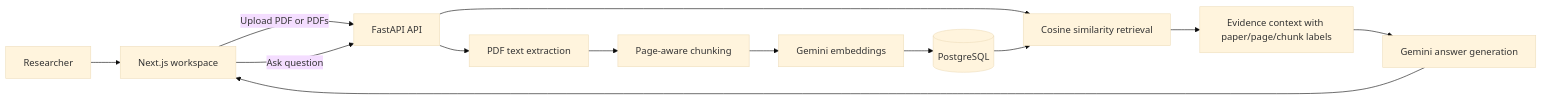
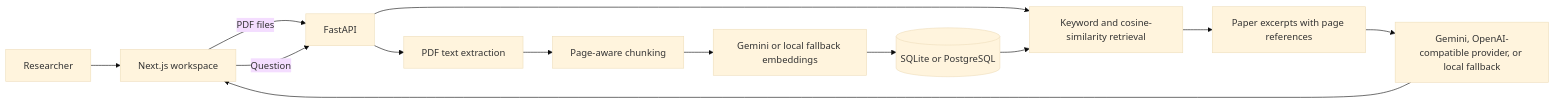
The diagram in README.md (GursimarpreetSingh-coder/researchpilot-ai), drawn with Mermaid (base theme) before and after one commit. The commit also changed other lines of this file and 1 other file, not shown here.

````diff
--- a/README.md
+++ b/README.md
@@ -56,15 +51,15 @@
 ```mermaid
 flowchart LR
-    U[Researcher] --> UI[Next.js workspace]
-    UI -->|Upload PDF or PDFs| API[FastAPI API]
+    R[Researcher] --> UI[Next.js workspace]
+    UI -->|PDF files| API[FastAPI]
     API --> PDF[PDF text extraction]
     PDF --> CH[Page-aware chunking]
-    CH --> EMB[Gemini embeddings]
-    EMB --> DB[(PostgreSQL)]
-    UI -->|Ask question| API
-    API --> RET[Cosine similarity retrieval]
+    CH --> EMB[Gemini or local fallback embeddings]
+    EMB --> DB[(SQLite or PostgreSQL)]
+    UI -->|Question| API
+    API --> RET[Keyword and cosine-similarity retrieval]
     DB --> RET
-    RET --> CTX[Evidence context with paper/page/chunk labels]
-    CTX --> LLM[Gemini answer generation]
+    RET --> CTX[Paper excerpts with page references]
+    CTX --> LLM[Gemini, OpenAI-compatible provider, or local fallback]
     LLM --> UI
 ```
````
